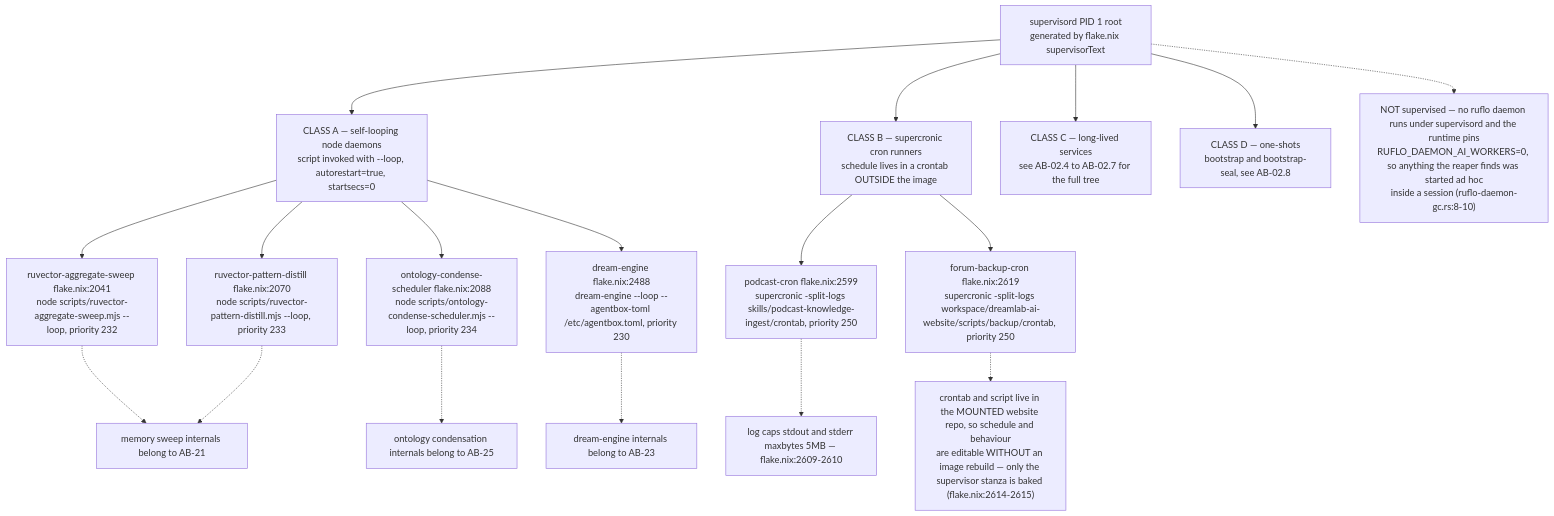
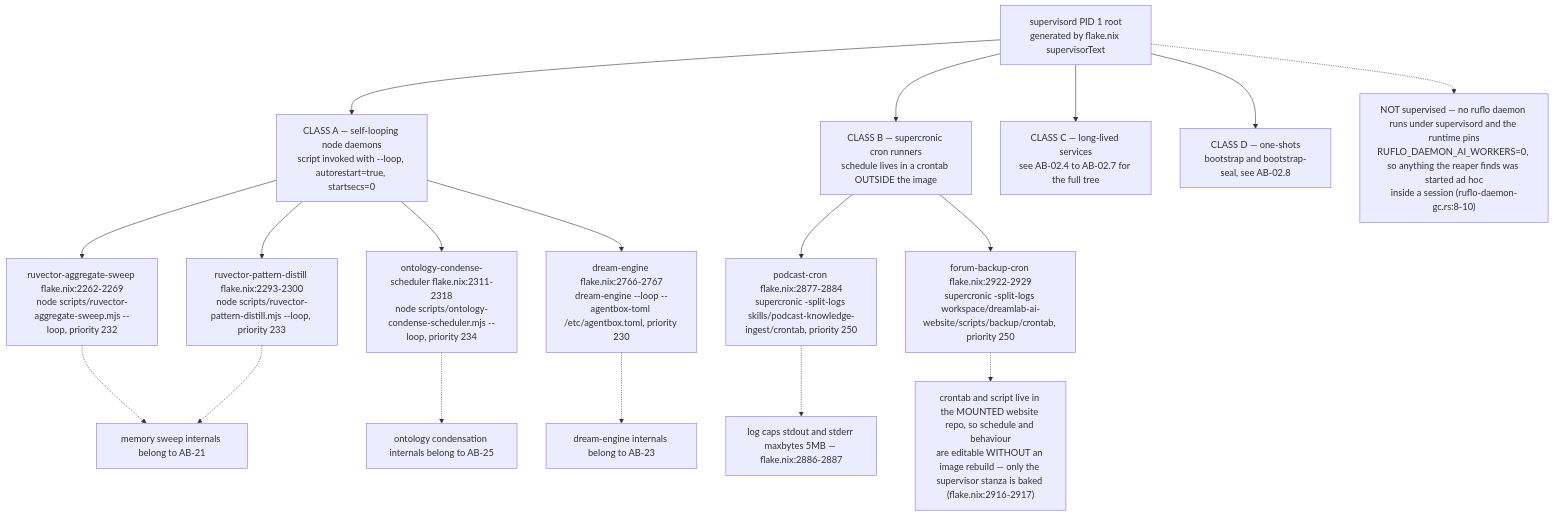
One commit to DreamLab-AI/VisionFlow changed the first of 11 diagrams in docs/diagrams/agentbox/07-daemons-reapers-cron-backups.md. Above: the diagram before and after it, drawn with Mermaid. The commit also changed other lines of this file and 111 other files, not shown here.

Commit message:
docs(diagrams): align estate maps with current source

````diff
--- a/docs/diagrams/agentbox/07-daemons-reapers-cron-backups.md
+++ b/docs/diagrams/agentbox/07-daemons-reapers-cron-backups.md
@@ -26,20 +26,20 @@
 ```mermaid
 flowchart TD
     SUP["supervisord PID 1 root<br/>generated by flake.nix supervisorText"] --> C1["CLASS A — self-looping node daemons<br/>script invoked with --loop, autorestart=true, startsecs=0"]
     SUP --> C2["CLASS B — supercronic cron runners<br/>schedule lives in a crontab OUTSIDE the image"]
     SUP --> C3["CLASS C — long-lived services<br/>see AB-02.4 to AB-02.7 for the full tree"]
     SUP --> C4["CLASS D — one-shots<br/>bootstrap and bootstrap-seal, see AB-02.8"]
-    C1 --> A1["ruvector-aggregate-sweep flake.nix:2041<br/>node scripts/ruvector-aggregate-sweep.mjs --loop, priority 232"]
-    C1 --> A2["ruvector-pattern-distill flake.nix:2070<br/>node scripts/ruvector-pattern-distill.mjs --loop, priority 233"]
-    C1 --> A3["ontology-condense-scheduler flake.nix:2088<br/>node scripts/ontology-condense-scheduler.mjs --loop, priority 234"]
-    C1 --> A4["dream-engine flake.nix:2488<br/>dream-engine --loop --agentbox-toml /etc/agentbox.toml, priority 230"]
-    C2 --> B1["podcast-cron flake.nix:2599<br/>supercronic -split-logs skills/podcast-knowledge-ingest/crontab, priority 250"]
-    C2 --> B2["forum-backup-cron flake.nix:2619<br/>supercronic -split-logs workspace/dreamlab-ai-website/scripts/backup/crontab, priority 250"]
+    C1 --> A1["ruvector-aggregate-sweep flake.nix:2262-2269<br/>node scripts/ruvector-aggregate-sweep.mjs --loop, priority 232"]
+    C1 --> A2["ruvector-pattern-distill flake.nix:2293-2300<br/>node scripts/ruvector-pattern-distill.mjs --loop, priority 233"]
+    C1 --> A3["ontology-condense-scheduler flake.nix:2311-2318<br/>node scripts/ontology-condense-scheduler.mjs --loop, priority 234"]
+    C1 --> A4["dream-engine flake.nix:2766-2767<br/>dream-engine --loop --agentbox-toml /etc/agentbox.toml, priority 230"]
+    C2 --> B1["podcast-cron flake.nix:2877-2884<br/>supercronic -split-logs skills/podcast-knowledge-ingest/crontab, priority 250"]
+    C2 --> B2["forum-backup-cron flake.nix:2922-2929<br/>supercronic -split-logs workspace/dreamlab-ai-website/scripts/backup/crontab, priority 250"]
     A1 -.-> M1["memory sweep internals belong to AB-21"]
     A2 -.-> M1
     A3 -.-> M2["ontology condensation internals belong to AB-25"]
     A4 -.-> M3["dream-engine internals belong to AB-23"]
-    B1 -.-> N1["log caps stdout and stderr maxbytes 5MB — flake.nix:2609-2610"]
-    B2 -.-> N2["crontab and script live in the MOUNTED website repo, so schedule and behaviour<br/>are editable WITHOUT an image rebuild — only the supervisor stanza is baked (flake.nix:2614-2615)"]
+    B1 -.-> N1["log caps stdout and stderr maxbytes 5MB — flake.nix:2886-2887"]
+    B2 -.-> N2["crontab and script live in the MOUNTED website repo, so schedule and behaviour<br/>are editable WITHOUT an image rebuild — only the supervisor stanza is baked (flake.nix:2916-2917)"]
     SUP -.-> ADHOC["NOT supervised — no ruflo daemon runs under supervisord and the runtime pins<br/>RUFLO_DAEMON_AI_WORKERS=0, so anything the reaper finds was started ad hoc<br/>inside a session (ruflo-daemon-gc.rs:8-10)"]
 ```
````
